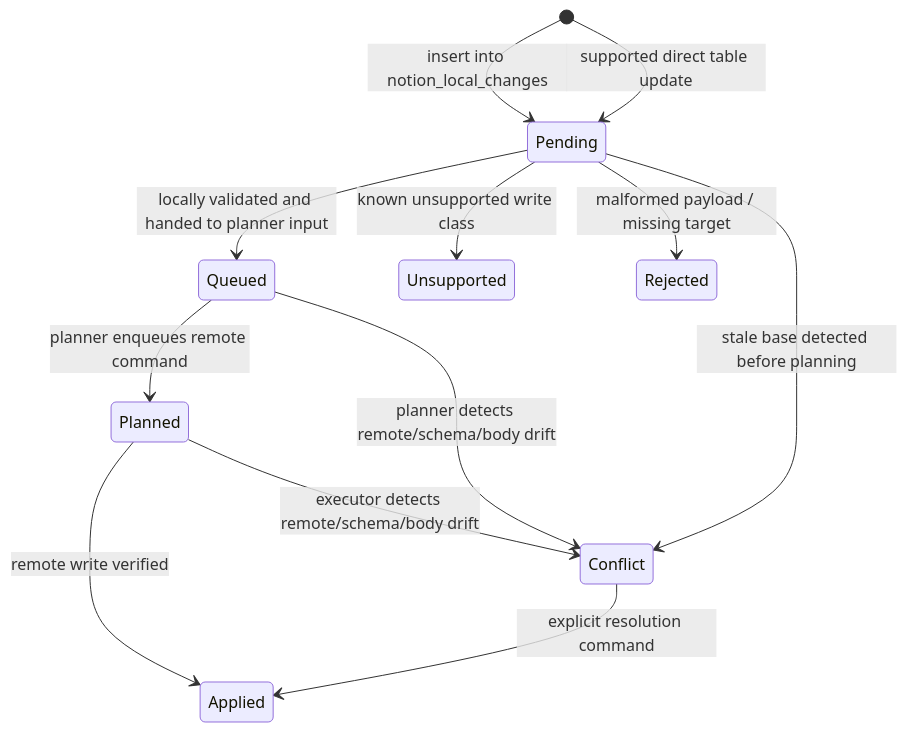
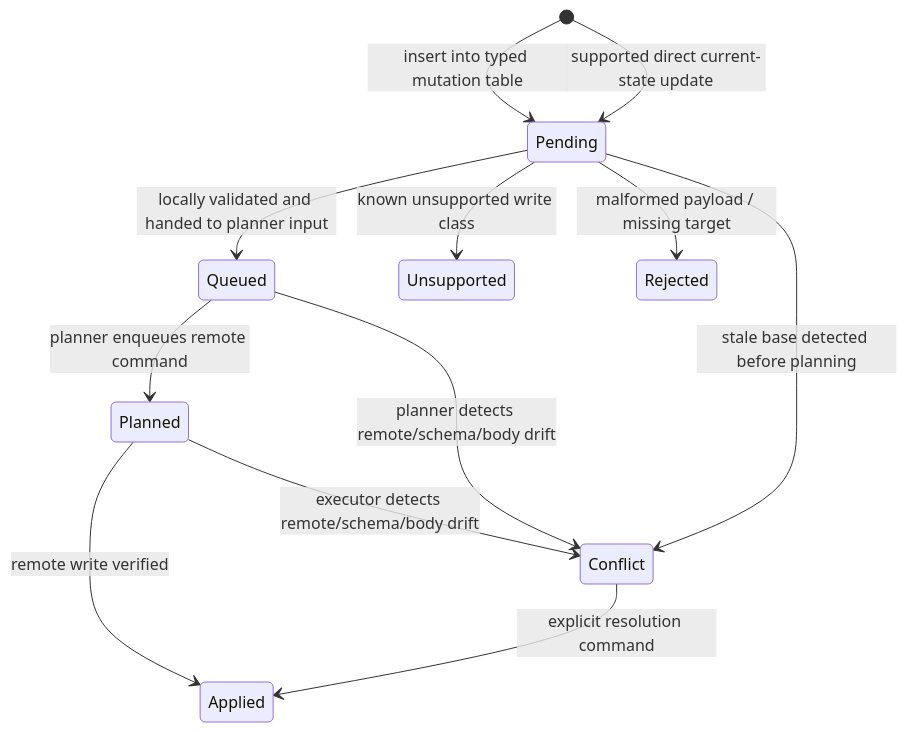
Before and after one commit to overengineeringstudio/effect-utils: the first of 4 diagrams in packages/@overeng/notion-datasource-sync/docs/vrs/spec.md, drawn with Mermaid. The commit also changed other lines of this file and 9 other files, not shown here.

````diff
--- a/packages/@overeng/notion-datasource-sync/docs/vrs/spec.md
+++ b/packages/@overeng/notion-datasource-sync/docs/vrs/spec.md
@@ -380,14 +395,14 @@
 ```mermaid
 stateDiagram-v2
-  [*] --> Pending: insert into notion_local_changes
-  [*] --> Pending: supported direct table update
+  [*] --> Pending: insert into typed mutation table
+  [*] --> Pending: supported direct current-state update
   Pending --> Queued: locally validated and handed to planner input
   Pending --> Unsupported: known unsupported write class
   Pending --> Rejected: malformed payload / missing target
   Pending --> Conflict: stale base detected before planning
   Queued --> Planned: planner enqueues remote command
   Queued --> Conflict: planner detects remote/schema/body drift
   Planned --> Applied: remote write verified
   Planned --> Conflict: executor detects remote/schema/body drift
   Conflict --> Applied: explicit resolution command
 ```
````
